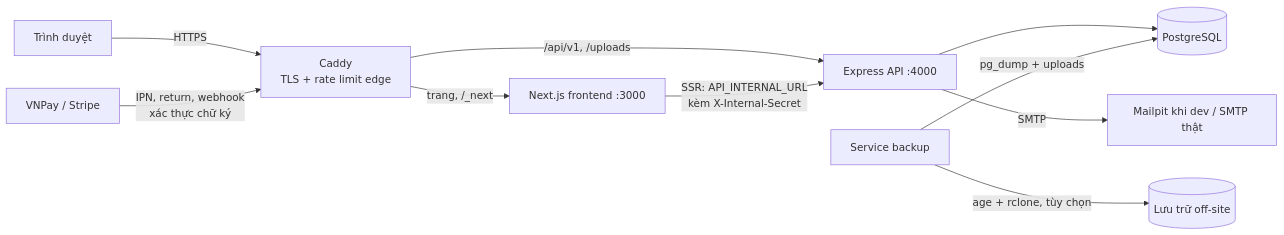
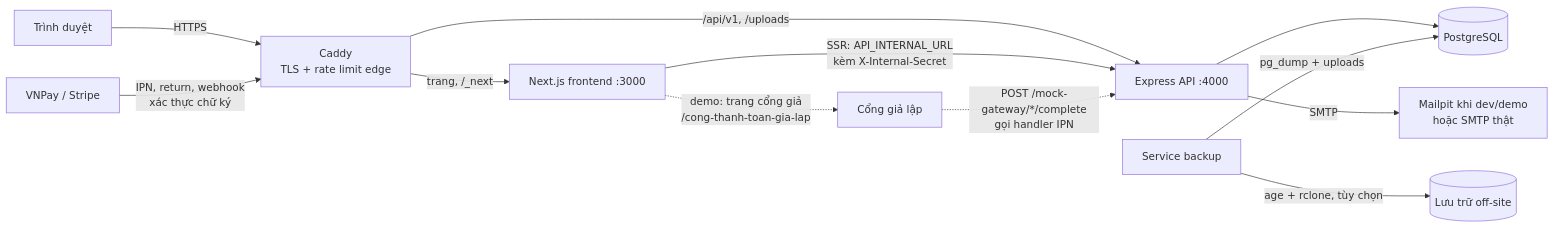
One commit to DuongKhang3666/BeanBox changed the diagram in README.md. Above: the diagram before and after it, drawn with Mermaid. The commit also changed other lines of this file and 75 other files, not shown here.

````diff
--- a/README.md
+++ b/README.md
@@ -58,12 +153,14 @@
 ```mermaid
 flowchart LR
   B[Trình duyệt] -->|HTTPS| C[Caddy<br/>TLS + rate limit edge]
   C -->|trang, /_next| F[Next.js frontend :3000]
   C -->|/api/v1, /uploads| A[Express API :4000]
   F -->|SSR: API_INTERNAL_URL<br/>kèm X-Internal-Secret| A
   A --> D[(PostgreSQL)]
-  A -->|SMTP| M[Mailpit khi dev / SMTP thật]
+  A -->|SMTP| M[Mailpit khi dev/demo<br/>hoặc SMTP thật]
   P[VNPay / Stripe] -->|IPN, return, webhook<br/>xác thực chữ ký| C
+  F -.->|demo: trang cổng giả<br/>/cong-thanh-toan-gia-lap| G[Cổng giả lập]
+  G -.->|POST /mock-gateway/*/complete<br/>gọi handler IPN| A
   K[Service backup] -->|pg_dump + uploads| D
   K -->|age + rclone, tùy chọn| O[(Lưu trữ off-site)]
 ```
````
